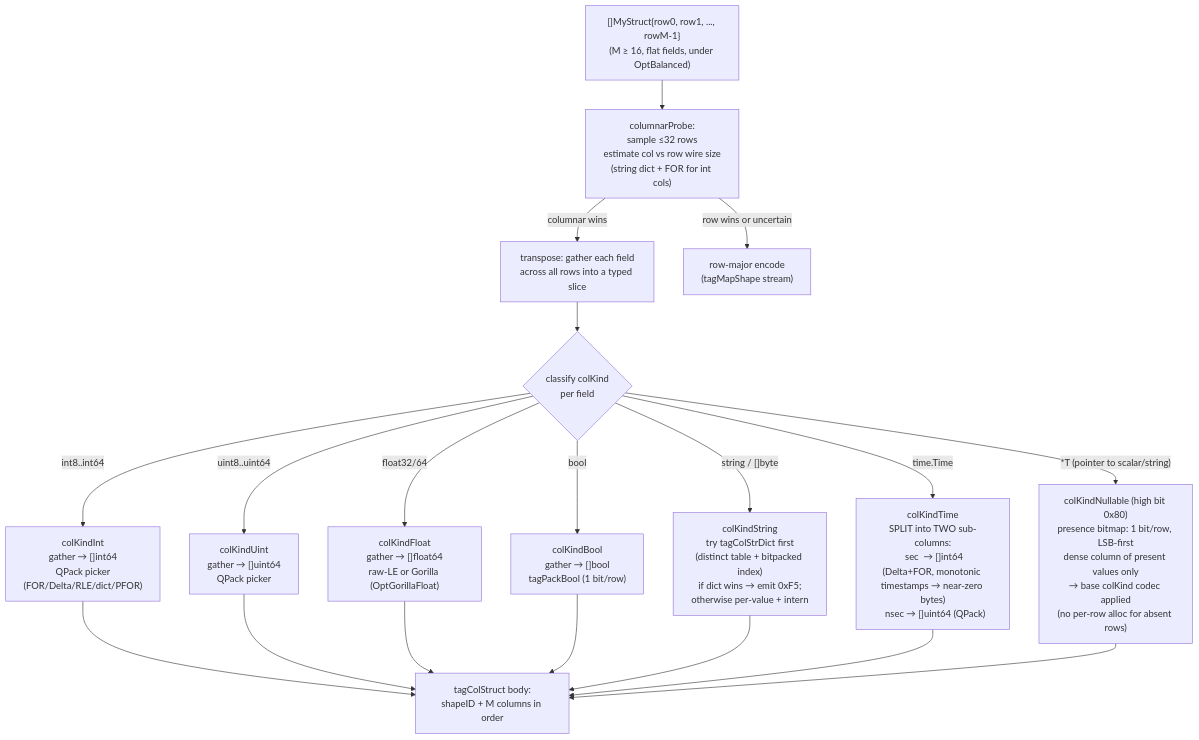
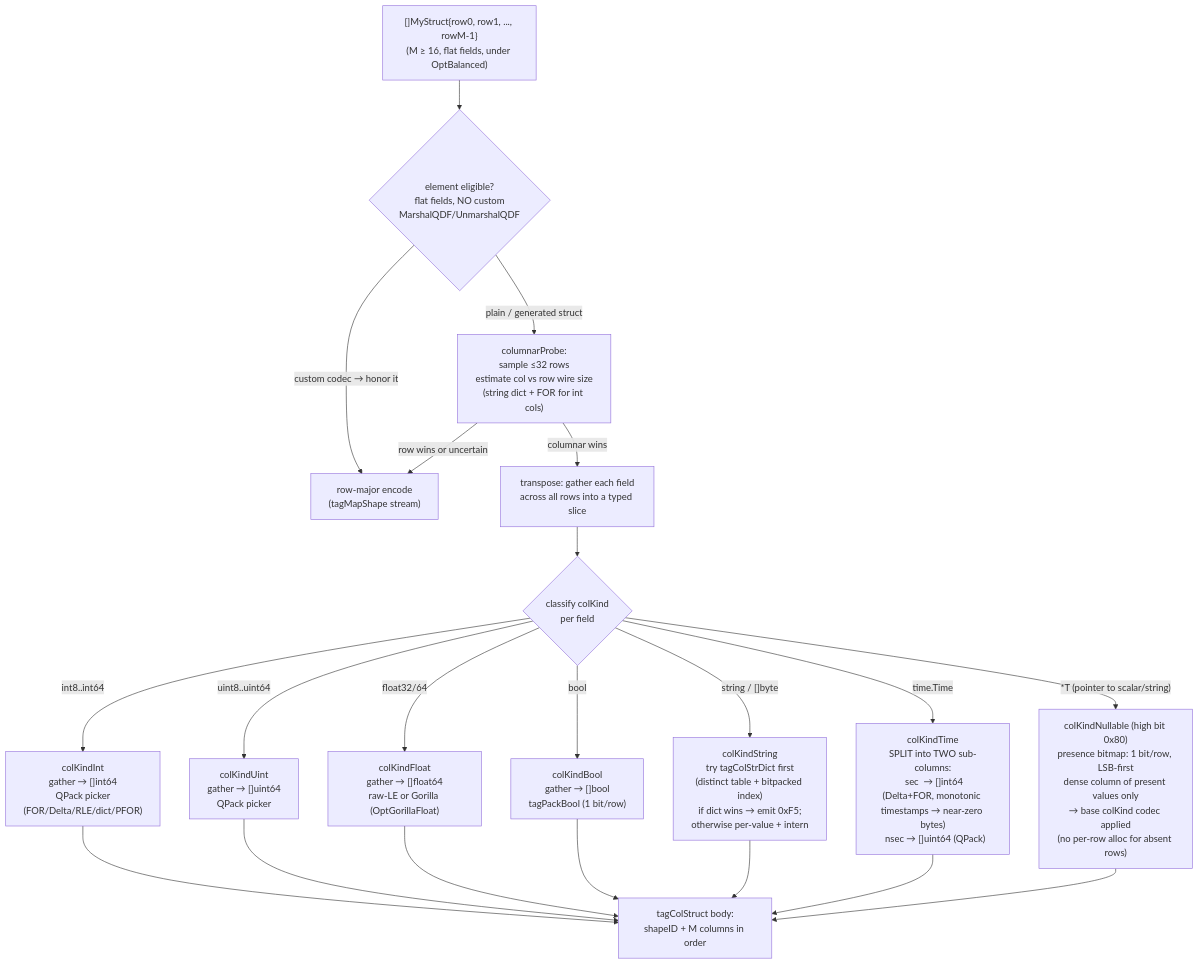
Before and after one commit to alex60217101990/qdf: the first of 5 diagrams in diagrams/columnar-and-selective-decode.md, drawn with Mermaid. The commit also changed 2 other files, not shown here.

Commit message:
docs: note custom-codec elements stay row-major in columnar codegen
Document the qdfgen guard (and its reflect twin): a []struct whose element
has a hand-written MarshalQDF/UnmarshalQDF is never columnar-transposed —
the transpose would bypass the custom codec — and the string-column probe
makes one aggregate decision matching the reflect columnarProbe.

- cmd/qdfgen/README.md: add the custom-codec / aggregate-probe bullets.
- diagrams/columnar-and-selective-decode: add an explicit eligibility gate
  (custom codec → row-major) to the transpose flowchart + regenerate its SVG.

````diff
--- a/diagrams/columnar-and-selective-decode.md
+++ b/diagrams/columnar-and-selective-decode.md
@@ -18,25 +18,28 @@
 ```mermaid
 flowchart TD
     Input["[]MyStruct{row0, row1, ..., rowM-1}\n(M ≥ 16, flat fields, under OptBalanced)"]
-    Input --> Probe["columnarProbe:\nsample ≤32 rows\nestimate col vs row wire size\n(string dict + FOR for int cols)"]
+    Input --> Elig{"element eligible?\nflat fields, NO custom\nMarshalQDF/UnmarshalQDF"}
+    Elig -->|"custom codec → honor it"| RowMajor
+    Elig -->|"plain / generated struct"| Probe
+    Probe["columnarProbe:\nsample ≤32 rows\nestimate col vs row wire size\n(string dict + FOR for int cols)"]
     Probe -->|"columnar wins"| Trans["transpose: gather each field\nacross all rows into a typed slice"]
     Probe -->|"row wins or uncertain"| RowMajor["row-major encode\n(tagMapShape stream)"]
 
     Trans --> ColKind{"classify colKind\nper field"}
 
     ColKind -->|"int8..int64"| IntCol["colKindInt\ngather → []int64\nQPack picker\n(FOR/Delta/RLE/dict/PFOR)"]
     ColKind -->|"uint8..uint64"| UintCol["colKindUint\ngather → []uint64\nQPack picker"]
     ColKind -->|"float32/64"| FloatCol["colKindFloat\ngather → []float64\nraw-LE or Gorilla (OptGorillaFloat)"]
     ColKind -->|"bool"| BoolCol["colKindBool\ngather → []bool\ntagPackBool (1 bit/row)"]
     ColKind -->|"string / []byte"| StrCol["colKindString\ntry tagColStrDict first\n(distinct table + bitpacked index)\nif dict wins → emit 0xF5;\notherwise per-value + intern"]
     ColKind -->|"time.Time"| TimeCol["colKindTime\nSPLIT into TWO sub-columns:\n  sec  → []int64 (Delta+FOR, monotonic timestamps → near-zero bytes)\n  nsec → []uint64 (QPack)"]
     ColKind -->|"*T (pointer to scalar/string)"| NullCol["colKindNullable (high bit 0x80)\npresence bitmap: 1 bit/row, LSB-first\ndense column of present values only\n→ base colKind codec applied\n(no per-row alloc for absent rows)"]
 
     IntCol --> Wire["tagColStruct body:\nshapeID + M columns in order"]
     UintCol --> Wire
     FloatCol --> Wire
     BoolCol --> Wire
     StrCol --> Wire
     TimeCol --> Wire
     NullCol --> Wire
 ```
````
